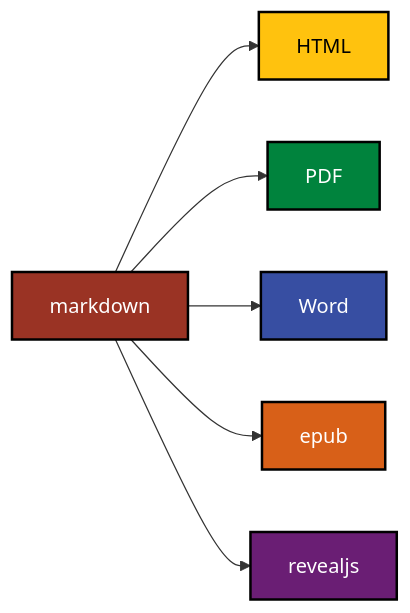
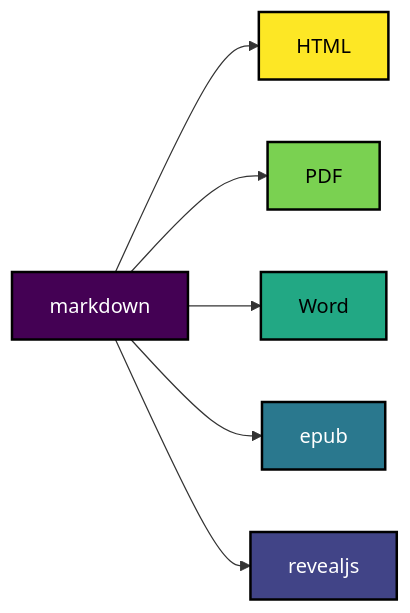
Before and after one commit to agrogan1/dataviz: the diagram in data-driven-document-demo/index.qmd, drawn with Mermaid. The commit also changed other lines of this file and 1 other file, not shown here.

Commit message:
viridis colors for mermaid diagram; it had to be done

````diff
--- a/data-driven-document-demo/index.qmd
+++ b/data-driven-document-demo/index.qmd
@@ -23,29 +35,30 @@
 ```{mermaid}
+%%| fig-cap: "One Source; Many Outputs"
 
 flowchart LR
 
   %% node class definitions
 
- classDef yellow fill:#FFC20E,stroke:#000000,stroke-width:2px,color:#000000;
+ classDef yellow fill:#FDE725,stroke:#000000,stroke-width:2px,color:#000000;
   
- classDef blue fill:#374EA2,stroke:#000000,stroke-width:2px,color:#FFFFFF;
+ classDef blue fill:#2A788E,stroke:#000000,stroke-width:2px,color:#FFFFFF;
   
- classDef green fill:#00833D,stroke:#000000,stroke-width:2px,color:#FFFFFF;
+ classDef darkgreen fill:#22A884,stroke:#000000,stroke-width:2px,color:#000000;
   
- classDef orange fill:#D86018,stroke:#000000,stroke-width:2px,color:#FFFFFF;
-  
- classDef red fill:#9A3324,stroke:#000000,stroke-width:2px,color:#FFFFFF;
+ classDef lightgreen fill:#7AD151,stroke:#000000,stroke-width:2px,color:#000000;
 
- classDef purple fill:#6A1E74,stroke:#000000,stroke-width:2px,color:#FFFFFF;
+ classDef lightpurple fill:#414487,stroke:#000000,stroke-width:2px,color:#FFFFFF;
+
+ classDef purple fill:#440154,stroke:#000000,stroke-width:2px,color:#FFFFFF;
  
- markdown:::red --> HTML:::yellow
+ markdown:::purple --> HTML:::yellow
  
- markdown --> PDF:::green
+ markdown --> PDF:::lightgreen
  
- markdown --> Word:::blue
+ markdown --> Word:::darkgreen
  
- markdown --> epub:::orange
+ markdown --> epub:::blue
  
- markdown --> revealjs:::purple
+ markdown --> revealjs:::lightpurple
   
 ```
````
